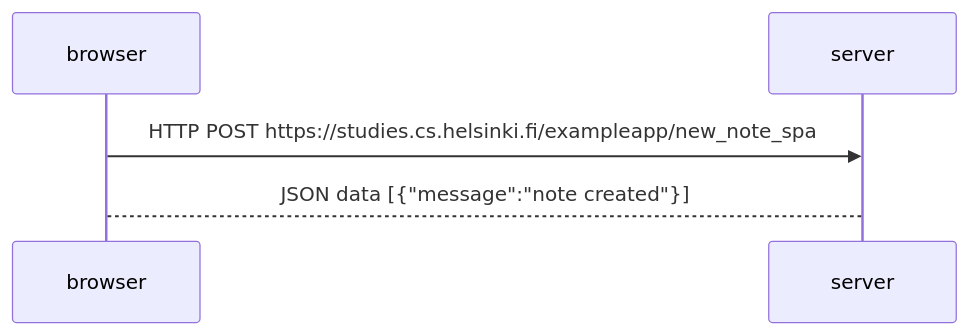
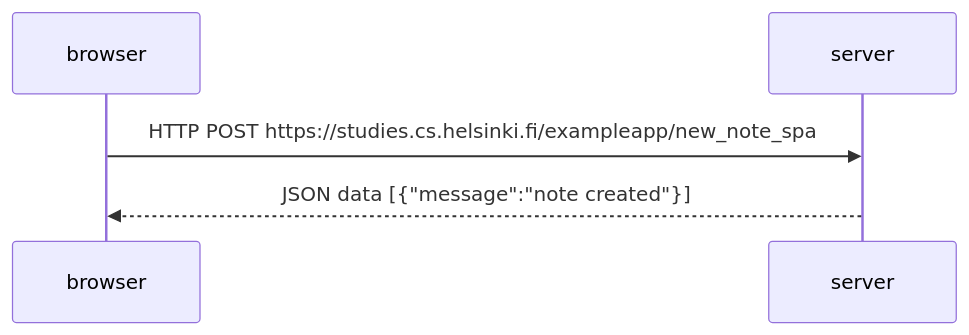
The third of 3 diagrams in part0/exercises_0.4-0.6.md (stylized-substance/Full-Stack-open-2022), drawn with Mermaid before and after one commit.

````diff
--- a/part0/exercises_0.4-0.6.md
+++ b/part0/exercises_0.4-0.6.md
@@ -39,7 +39,7 @@
 ```mermaid
 
 sequenceDiagram
     browser->>server: HTTP POST https://studies.cs.helsinki.fi/exampleapp/new_note_spa
-    server-->browser: JSON data [{"message":"note created"}]
+    server-->>browser: JSON data [{"message":"note created"}]
 
 ```
````
